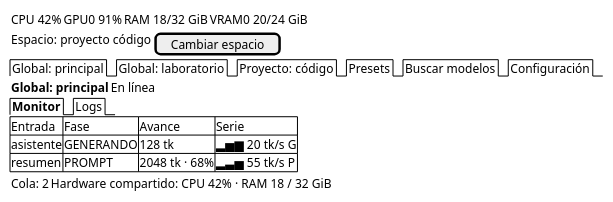
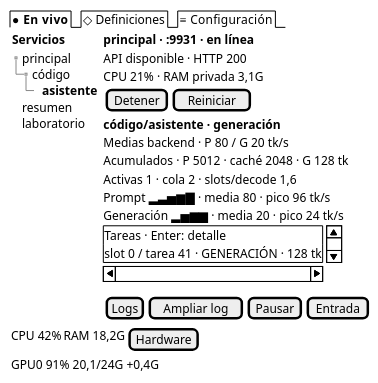
Before and after one commit to mstranich/coquena: the diagram in docs/design/tui-servicio-compacto.salt.puml, drawn with PlantUML. The commit also changed 44 other files, not shown here.

```diff
--- a/docs/design/tui-servicio-compacto.salt.puml
+++ b/docs/design/tui-servicio-compacto.salt.puml
@@ -1,15 +1,34 @@
 @startsalt
 {
-  { CPU 42% | GPU0 91% | RAM 18/32 GiB | VRAM0 20/24 GiB }
-  { Espacio: proyecto código | [Cambiar espacio] }
-  {/ Global: principal | Global: laboratorio | Proyecto: código | Presets | Buscar modelos | Configuración }
-  { <b>Global: principal | En línea }
-  {/ <b>Monitor | Logs }
-  {#
-    Entrada | Fase | Avance | Serie
-    asistente | GENERANDO | 128 tk | ▂▅▆ 20 tk/s G
-    resumen | PROMPT | 2048 tk · 68% | ▂▃▅ 55 tk/s P
+  {/ <b>● En vivo | ◇ Definiciones | ≡ Configuración }
+  {
+    { <b>Servicios
+      {T
+        + principal
+        ++ código
+        +++ <b>asistente
+        + resumen
+        + laboratorio
+      }
+    } | {
+      <b>principal · :9931 · en línea
+      API disponible · HTTP 200
+      CPU 21% · RAM privada 3,1G
+      { [Detener] | [Reiniciar] }
+      <b>código/asistente · generación
+      Medias backend · P 80 / G 20 tk/s
+      Acumulados · P 5012 · caché 2048 · G 128 tk
+      Activas 1 · cola 2 · slots/decode 1,6
+      Prompt ▂▃▅▆▇ · media 80 · pico 96 tk/s
+      Generación ▂▅▆▆ · media 20 · pico 24 tk/s
+      {S
+        Tareas · Enter: detalle
+        slot 0 / tarea 41 · GENERACIÓN · 128 tk
+      }
+      { [Logs] | [Ampliar log] | [Pausar] | [Entrada] }
+    }
   }
-  { Cola: 2 | Hardware compartido: CPU 42% · RAM 18 / 32 GiB }
+  { CPU 42% | RAM 18,2G | [Hardware] }
+  { GPU0 91% 20,1/24G +0,4G }
 }
 @endsalt
```
